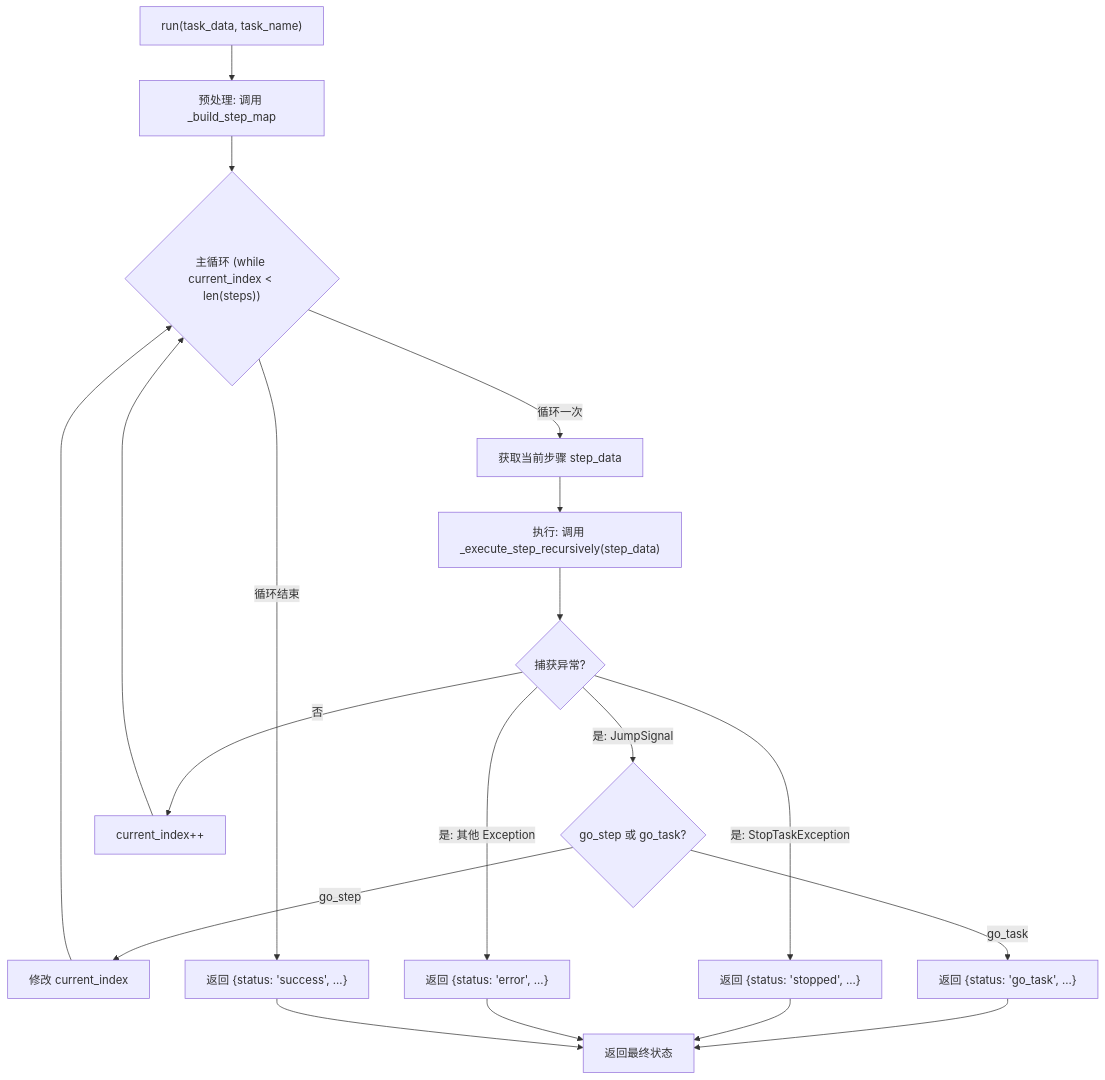
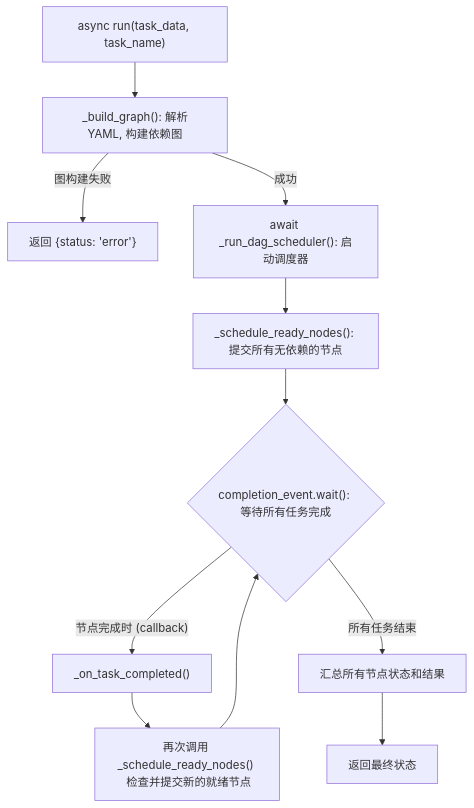
Before and after one commit to nightofknife/aura-framework: the second of 2 diagrams in readme/core_doc/engine.md, drawn with Mermaid. The commit also changed other lines of this file and 22 other files, not shown here.

````diff
--- a/readme/core_doc/engine.md
+++ b/readme/core_doc/engine.md
@@ -65,21 +68,13 @@
 ```mermaid
 flowchart TD
-    Start["run(task_data, task_name)"] --> A["预处理: 调用 _build_step_map"];
-    A --> B{"主循环 (while current_index < len(steps))"};
-    B -- "循环一次" --> C["获取当前步骤 step_data"];
-    C --> D["执行: 调用 _execute_step_recursively(step_data)"];
-    D --> E{捕获异常?};
-    E -- "是: JumpSignal" --> F{go_step 或 go_task?};
-    F -- "go_step" --> G["修改 current_index"];
-    G --> B;
-    F -- "go_task" --> H["返回 {status: 'go_task', ...}"];
-    H --> End;
-    E -- "是: StopTaskException" --> I["返回 {status: 'stopped', ...}"];
-    I --> End;
-    E -- "是: 其他 Exception" --> J["返回 {status: 'error', ...}"];
-    J --> End;
-    E -- "否" --> K["current_index++"];
-    K --> B;
-    B -- "循环结束" --> L["返回 {status: 'success', ...}"];
-    L --> End["返回最终状态"];
+    Start["async run(task_data, task_name)"] --> A["_build_graph(): 解析YAML, 构建依赖图"];
+    A -- "图构建失败" --> Error["返回 {status: 'error'}"];
+    A -- "成功" --> B["await _run_dag_scheduler(): 启动调度器"];
+    B --> C["_schedule_ready_nodes(): 提交所有无依赖的节点"];
+    C --> D{"completion_event.wait(): 等待所有任务完成"};
+    D -- "节点完成时 (callback)" --> E["_on_task_completed()"];
+    E --> F["再次调用 _schedule_ready_nodes() <br> 检查并提交新的就绪节点"];
+    F --> D;
+    D -- "所有任务结束" --> G["汇总所有节点状态和结果"];
+    G --> End["返回最终状态"];
 ```
````
